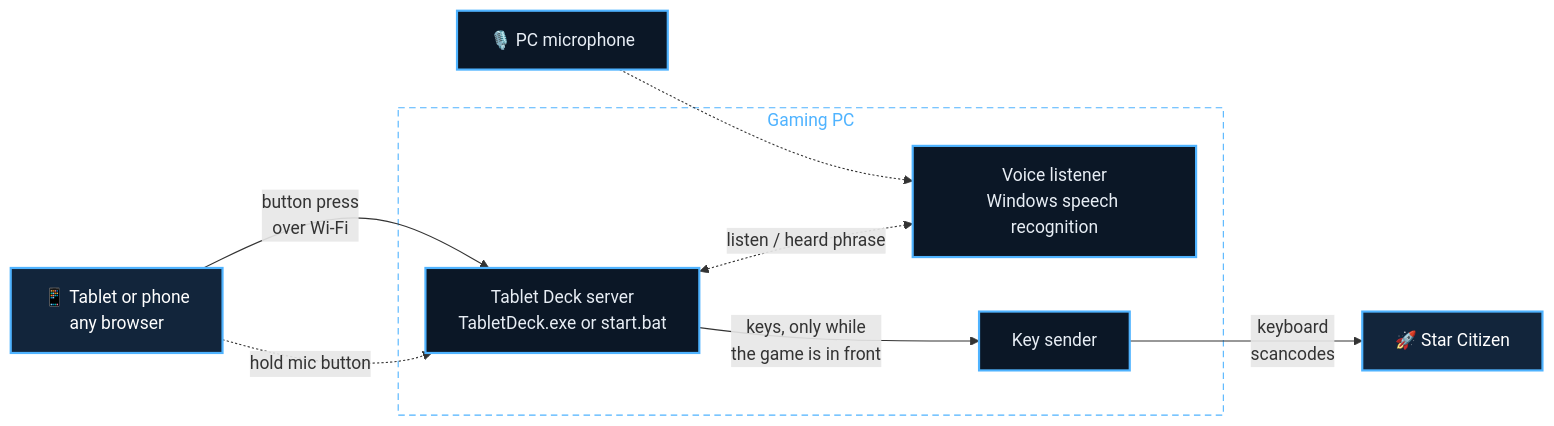
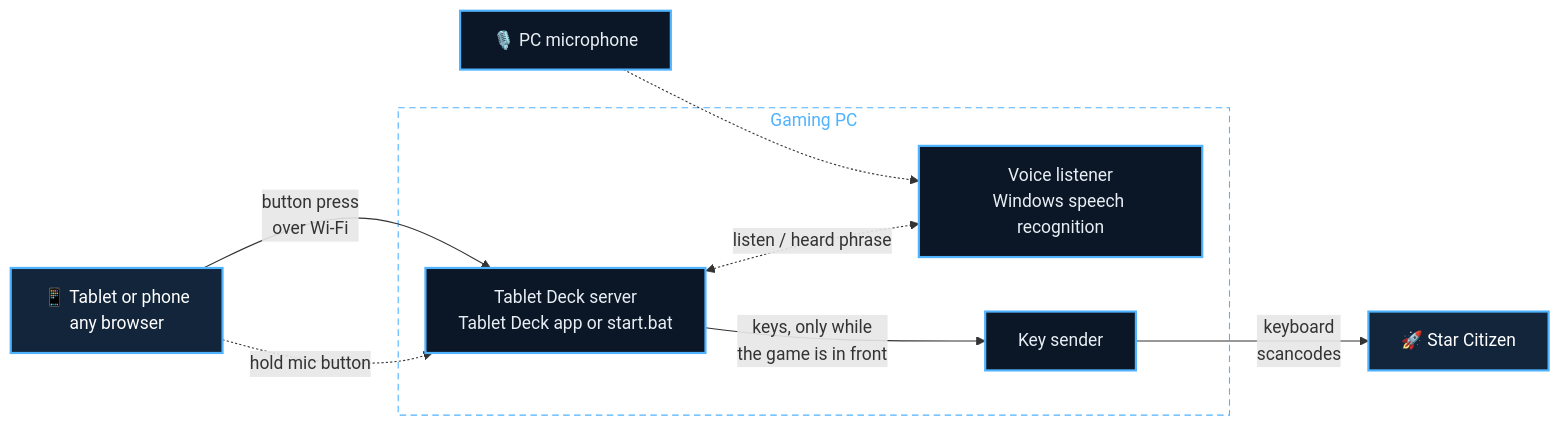
Before and after one commit to czy198912-ux/tablet-deck: the diagram in README.md, drawn with Mermaid. The commit also changed other lines of this file and 6 other files, not shown here.

````diff
--- a/README.md
+++ b/README.md
@@ -72,24 +78,24 @@
 ```mermaid
 flowchart LR
     tablet["📱 Tablet or phone<br/>any browser"]
     mic["🎙️ PC microphone"]
     subgraph pc["Gaming PC"]
-        server["Tablet Deck server<br/>TabletDeck.exe or start.bat"]
+        server["Tablet Deck server<br/>Tablet Deck app or start.bat"]
         voice["Voice listener<br/>Windows speech recognition"]
         keys["Key sender"]
     end
     game["🚀 Star Citizen"]
 
     tablet -- "button press<br/>over Wi-Fi" --> server
     tablet -. "hold mic button" .-> server
     mic -.-> voice
     server <-. "listen / heard phrase" .-> voice
     server -- "keys, only while<br/>the game is in front" --> keys
     keys -- "keyboard<br/>scancodes" --> game
 
     classDef box fill:#0b1726,stroke:#4fb3ff,stroke-width:2px,color:#e8eef5
     classDef ends fill:#12253b,stroke:#4fb3ff,stroke-width:2px,color:#ffffff
     class server,voice,keys,mic box
     class tablet,game ends
     style pc fill:transparent,stroke:#4fb3ff,stroke-dasharray:6 4,color:#4fb3ff
 ```
````
